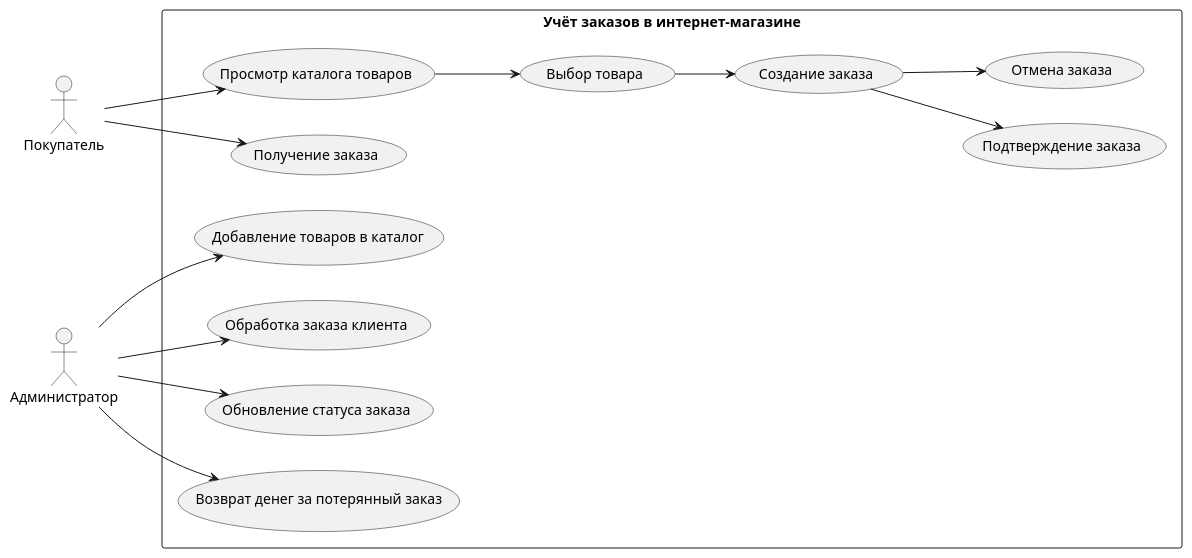
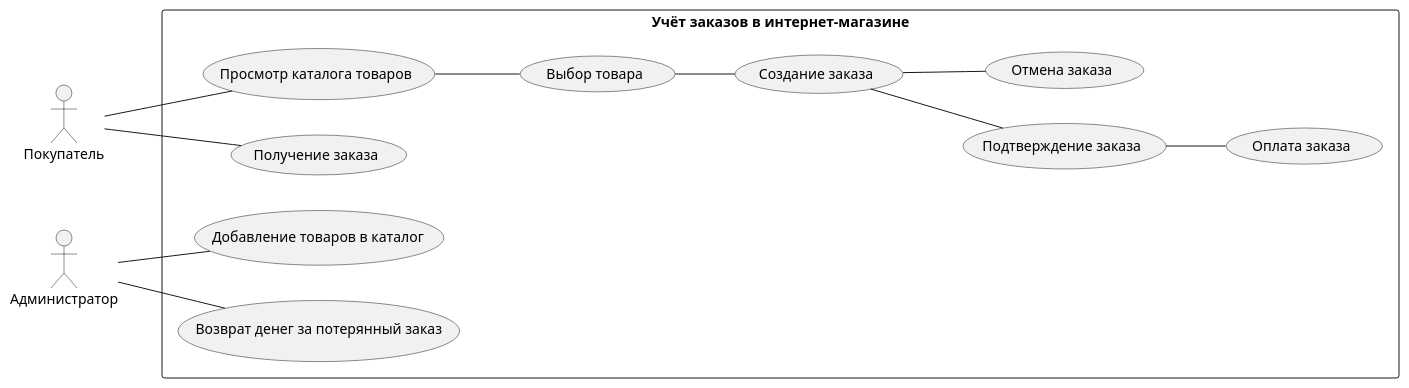
One commit to xpykket/ngtu_project_inf changed the diagram in docs_diagrams/uml.puml. Above: the diagram before and after it, drawn with PlantUML. The commit also changed 8 other files, not shown here.

```diff
--- a/docs_diagrams/uml.puml
+++ b/docs_diagrams/uml.puml
@@ -1,36 +1,34 @@
 @startuml
 left to right direction
 skinparam packageStyle rectangle
 
 actor Покупатель
 actor Администратор
 
 package "Учёт заказов в интернет-магазине" {
   usecase "Просмотр каталога товаров" as U1
   usecase "Выбор товара" as U2
   usecase "Создание заказа" as U3
   usecase "Подтверждение заказа" as U4
   usecase "Отмена заказа" as U5
   usecase "Получение заказа" as U6
+  usecase "Оплата заказа" as U8
 
   usecase "Добавление товаров в каталог" as U7
-  usecase "Обработка заказа клиента" as U8
-  usecase "Обновление статуса заказа" as U9
   usecase "Возврат денег за потерянный заказ" as U10
 }
 
-Покупатель --> U1
-Покупатель --> U6
+Покупатель -- U1
+Покупатель -- U6
 
 
-Администратор --> U7
-Администратор --> U8
-Администратор --> U9
-Администратор --> U10
+Администратор -- U7
+Администратор -- U10
 
-U1 --> U2
-U2 --> U3
-U3 --> U4
-U3 --> U5
+U1 -- U2
+U2 -- U3
+U3 -- U4
+U3 -- U5
+U4 -- U8
 
 @enduml
```
